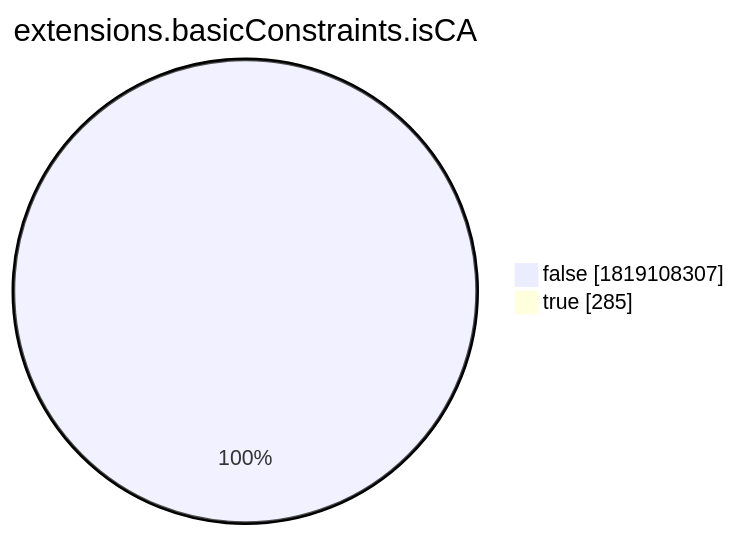
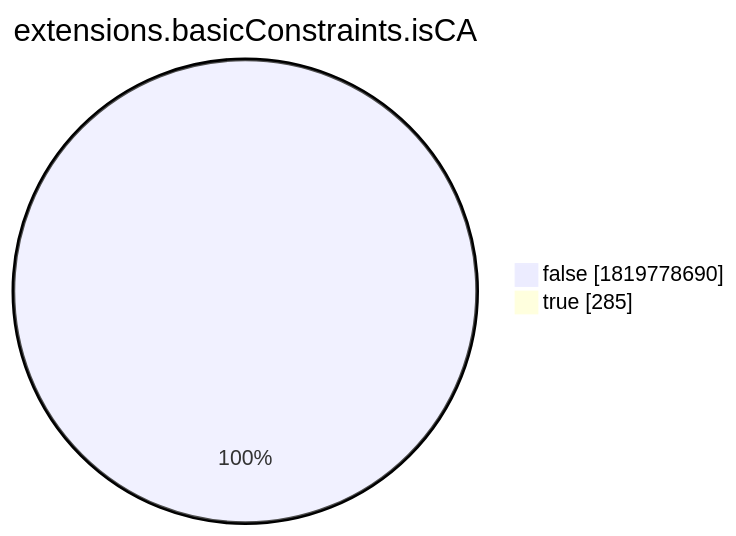
One commit to christiankrug/ctmonitor_visualization changed the eighth of 15 diagrams in xenon2022/README.md. Above: the diagram before and after it, drawn with Mermaid. The commit also changed other lines of this file, not shown here.

````diff
--- a/xenon2022/README.md
+++ b/xenon2022/README.md
@@ -2868,6 +2868,6 @@
 ```mermaid
 pie showData
 title extensions.basicConstraints.isCA
-"false" :1819108307
+"false" :1819778690
 "true" :285
 ```
````
